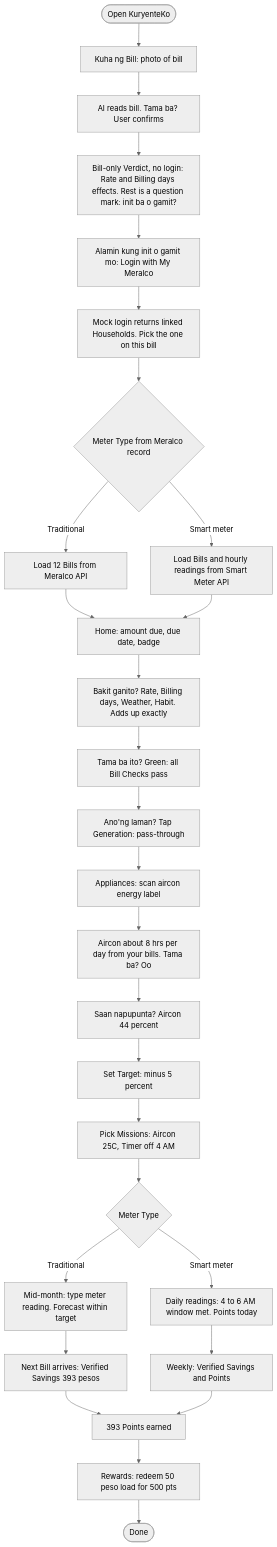
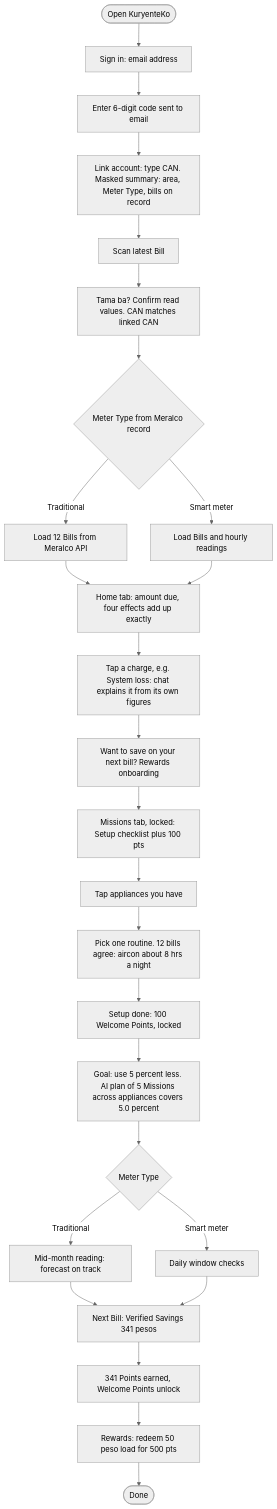
One commit to mrmeralco/TeamLarpitOut changed the first of 2 diagrams in docs/challenge-2/KuryenteKo.md. Above: the diagram before and after it, drawn with Mermaid (neutral theme). The commit also changed other lines of this file and 7 other files, not shown here.

First line of the commit message:
docs: revise flow to email sign-in, CAN linking and a 5% Mission Plan

````diff
--- a/docs/challenge-2/KuryenteKo.md
+++ b/docs/challenge-2/KuryenteKo.md
@@ -154,30 +143,28 @@
 ```mermaid
 flowchart TD
-    A([Open KuryenteKo]) --> B["Kuha ng Bill: photo of bill"]
-    B --> C["AI reads bill. Tama ba? User confirms"]
-    C --> D["Bill-only Verdict, no login: Rate and Billing days effects. Rest is a question mark: init ba o gamit?"]
-    D --> E["Alamin kung init o gamit mo: Login with My Meralco"]
-    E --> E2["Mock login returns linked Households. Pick the one on this bill"]
-    E2 --> F{"Meter Type from Meralco record"}
-    F -->|Traditional| G["Load 12 Bills from Meralco API"]
-    F -->|Smart meter| H["Load Bills and hourly readings from Smart Meter API"]
-    G --> I["Home: amount due, due date, badge"]
-    H --> I
-    I --> J["Bakit ganito? Rate, Billing days, Weather, Habit. Adds up exactly"]
-    J --> K["Tama ba ito? Green: all Bill Checks pass"]
-    K --> L["Ano'ng laman? Tap Generation: pass-through"]
-    L --> M["Appliances: scan aircon energy label"]
-    M --> N["Aircon about 8 hrs per day from your bills. Tama ba? Oo"]
-    N --> O["Saan napupunta? Aircon 44 percent"]
-    O --> P["Set Target: minus 5 percent"]
-    P --> Q["Pick Missions: Aircon 25C, Timer off 4 AM"]
-    Q --> R{"Meter Type"}
-    R -->|Traditional| S["Mid-month: type meter reading. Forecast within target"]
-    R -->|Smart meter| T["Daily readings: 4 to 6 AM window met. Points today"]
-    S --> U["Next Bill arrives: Verified Savings 393 pesos"]
-    T --> V["Weekly: Verified Savings and Points"]
-    U --> W["393 Points earned"]
-    V --> W
-    W --> X["Rewards: redeem 50 peso load for 500 pts"]
-    X --> Y([Done])
+    A([Open KuryenteKo]) --> B["Sign in: email address"]
+    B --> C["Enter 6-digit code sent to email"]
+    C --> D["Link account: type CAN. Masked summary: area, Meter Type, bills on record"]
+    D --> E["Scan latest Bill"]
+    E --> F["Tama ba? Confirm read values. CAN matches linked CAN"]
+    F --> G{"Meter Type from Meralco record"}
+    G -->|Traditional| H["Load 12 Bills from Meralco API"]
+    G -->|Smart meter| H2["Load Bills and hourly readings"]
+    H --> I["Home tab: amount due, four effects add up exactly"]
+    H2 --> I
+    I --> J["Tap a charge, e.g. System loss: chat explains it from its own figures"]
+    J --> K["Want to save on your next bill? Rewards onboarding"]
+    K --> L["Missions tab, locked: Setup checklist plus 100 pts"]
+    L --> M["Tap appliances you have"]
+    M --> N["Pick one routine. 12 bills agree: aircon about 8 hrs a night"]
+    N --> O["Setup done: 100 Welcome Points, locked"]
+    O --> P["Goal: use 5 percent less. AI plan of 5 Missions across appliances covers 5.0 percent"]
+    P --> Q{"Meter Type"}
+    Q -->|Traditional| R["Mid-month reading: forecast on track"]
+    Q -->|Smart meter| S["Daily window checks"]
+    R --> T["Next Bill: Verified Savings 341 pesos"]
+    S --> T
+    T --> U["341 Points earned, Welcome Points unlock"]
+    U --> V["Rewards: redeem 50 peso load for 500 pts"]
+    V --> W([Done])
 ```
````
